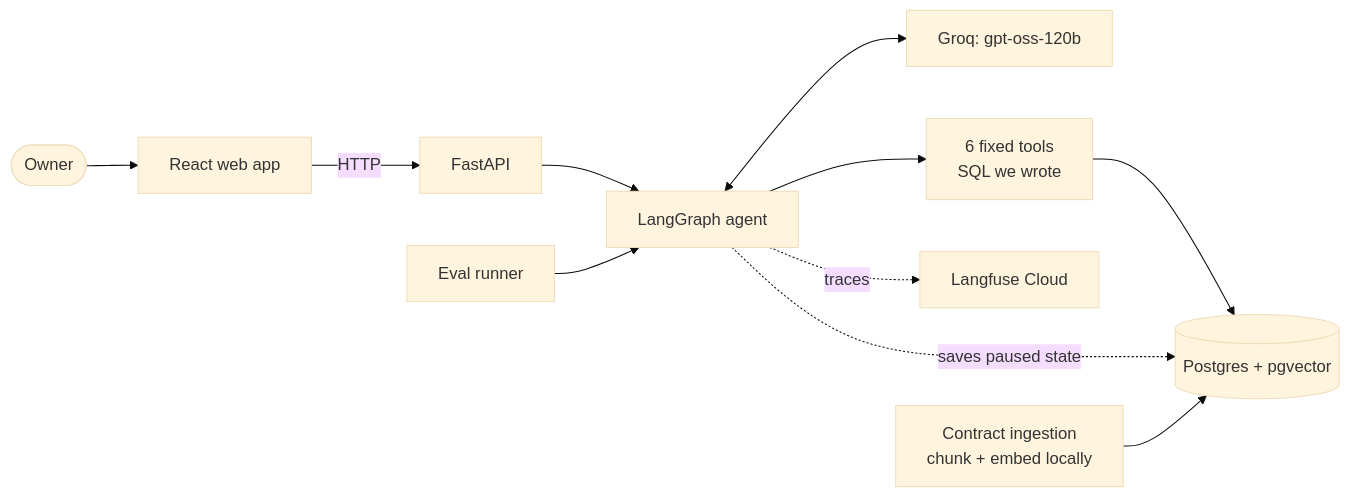
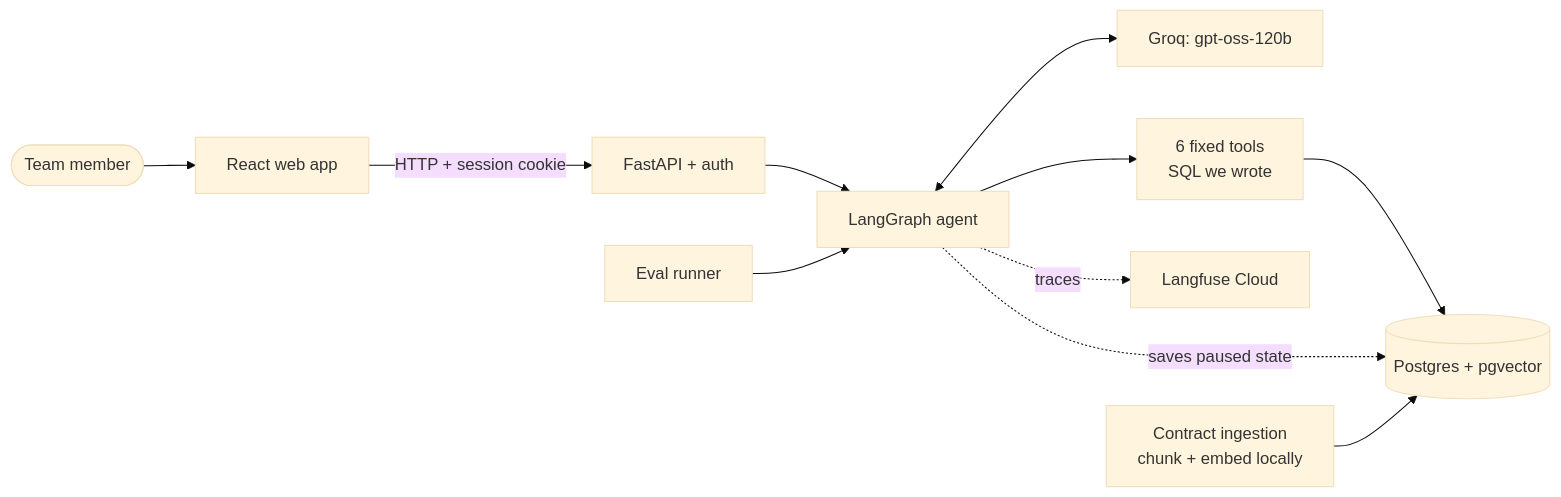
Before and after one commit to ananyavj/ledger-agent: the diagram in README.md, drawn with Mermaid (base theme). The commit also changed other lines of this file and 41 other files, not shown here.

````diff
--- a/README.md
+++ b/README.md
@@ -21,13 +23,13 @@
 ```mermaid
 flowchart LR
-    U([Owner]) --> UI[React web app]
-    UI -- HTTP --> API[FastAPI]
+    U([Team member]) --> UI[React web app]
+    UI -- "HTTP + session cookie" --> API[FastAPI + auth]
     API --> G[LangGraph agent]
     G <--> LLM[Groq: gpt-oss-120b]
     G --> T[6 fixed tools<br/>SQL we wrote]
     T --> PG[(Postgres + pgvector)]
     G -. saves paused state .-> PG
     G -. traces .-> LF[Langfuse Cloud]
     ING[Contract ingestion<br/>chunk + embed locally] --> PG
     EV[Eval runner] --> G
 ```
````
